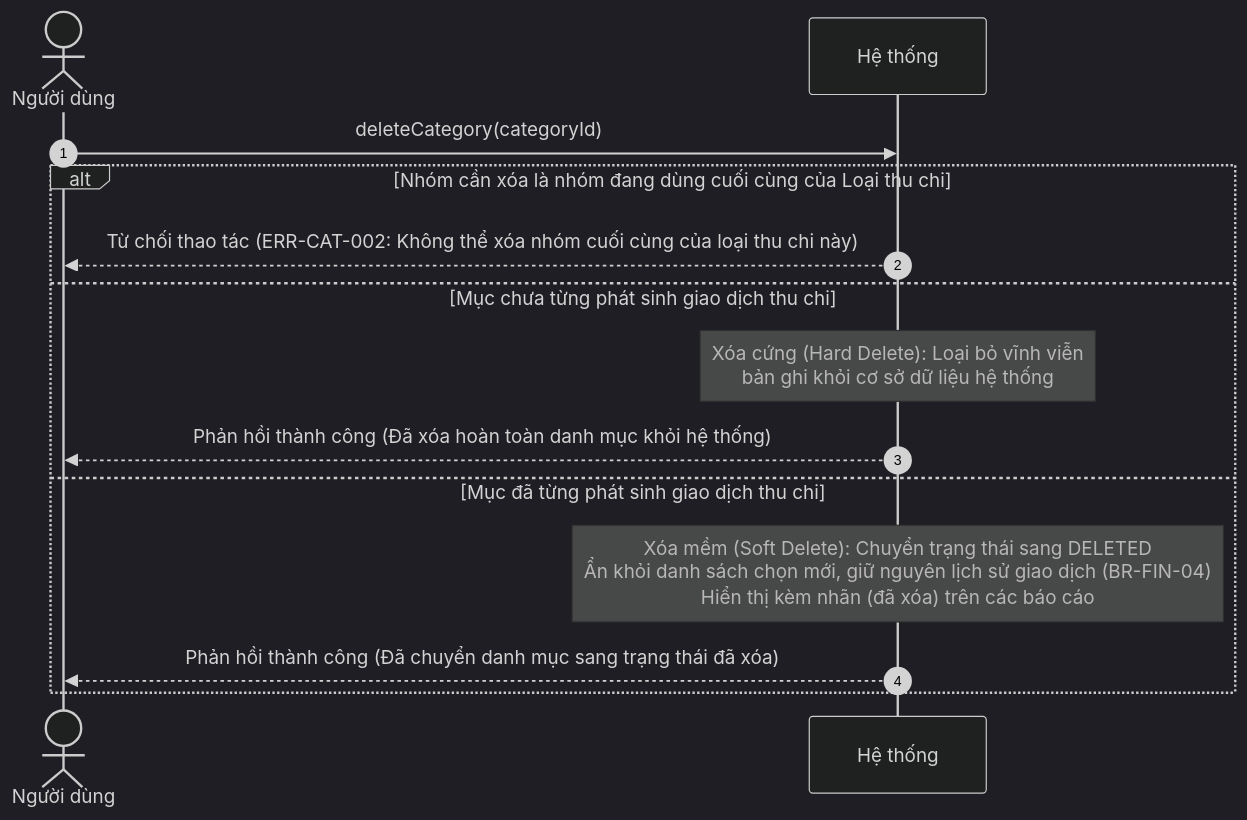
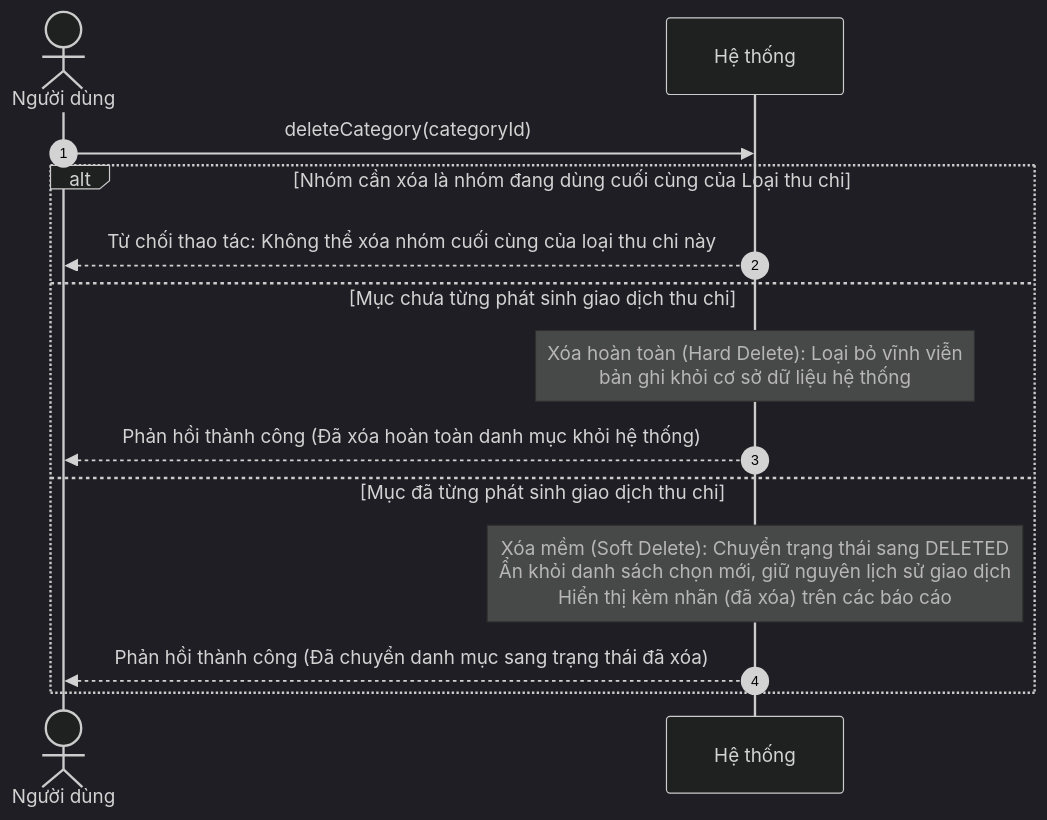
The fourth of 9 diagrams in docs/object-oriented-analysis/03-so-do-tuan-tu-he-thong-ssd.md (mynhleeh/pfms-oop), drawn with Mermaid (dark theme) before and after one commit. The commit also changed other lines of this file and 1 other file, not shown here.

````diff
--- a/docs/object-oriented-analysis/03-so-do-tuan-tu-he-thong-ssd.md
+++ b/docs/object-oriented-analysis/03-so-do-tuan-tu-he-thong-ssd.md
@@ -397,17 +397,17 @@
 ```mermaid
 sequenceDiagram
     autonumber
     actor User as Người dùng
     participant System as Hệ thống
 
     User->>System: deleteCategory(categoryId)
     alt Nhóm cần xóa là nhóm đang dùng cuối cùng của Loại thu chi
-        System-->>User: Từ chối thao tác (ERR-CAT-002: Không thể xóa nhóm cuối cùng của loại thu chi này)
+        System-->>User: Từ chối thao tác: Không thể xóa nhóm cuối cùng của loại thu chi này
     else Mục chưa từng phát sinh giao dịch thu chi
-        Note over System: Xóa cứng (Hard Delete): Loại bỏ vĩnh viễn<br/>bản ghi khỏi cơ sở dữ liệu hệ thống
+        Note over System: Xóa hoàn toàn (Hard Delete): Loại bỏ vĩnh viễn<br/>bản ghi khỏi cơ sở dữ liệu hệ thống
         System-->>User: Phản hồi thành công (Đã xóa hoàn toàn danh mục khỏi hệ thống)
     else Mục đã từng phát sinh giao dịch thu chi
-        Note over System: Xóa mềm (Soft Delete): Chuyển trạng thái sang DELETED<br/>Ẩn khỏi danh sách chọn mới, giữ nguyên lịch sử giao dịch (BR-FIN-04)<br/>Hiển thị kèm nhãn (đã xóa) trên các báo cáo
+        Note over System: Xóa mềm (Soft Delete): Chuyển trạng thái sang DELETED<br/>Ẩn khỏi danh sách chọn mới, giữ nguyên lịch sử giao dịch<br/>Hiển thị kèm nhãn (đã xóa) trên các báo cáo
         System-->>User: Phản hồi thành công (Đã chuyển danh mục sang trạng thái đã xóa)
     end
 ```
````
